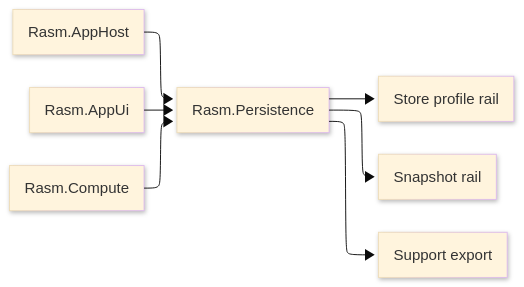
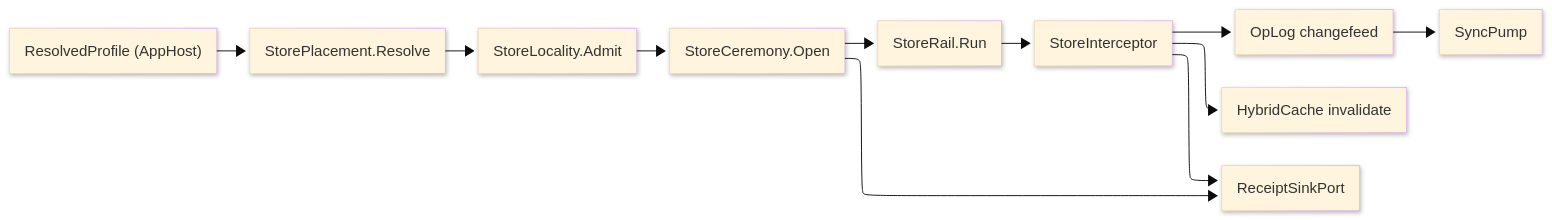
The diagram in libs/csharp/Rasm.Persistence/ARCHITECTURE.md (bsamiee/Rasm), drawn with Mermaid before and after one commit. The commit also changed other lines of this file and 4 other files, not shown here.

First line of the commit message:
docs(csharp/persistence): P2+P4 — root docs rewritten, feature atlas finalized, charter completed

````diff
--- a/libs/csharp/Rasm.Persistence/ARCHITECTURE.md
+++ b/libs/csharp/Rasm.Persistence/ARCHITECTURE.md
@@ -9,17 +50,21 @@
 ```mermaid
 ---
 config:
   layout: elk
   look: neo
   theme: base
 ---
 flowchart LR
-    accTitle: Persistence durable state
-    accDescr: Persistence owns store profiles, provider stores, snapshots, redaction, support artifacts, cache indexes, and drain integration.
-    AppHost["Rasm.AppHost"] --> Persistence["Rasm.Persistence"]
-    Persistence --> Store["Store profile rail"]
-    Persistence --> Snapshot["Snapshot rail"]
-    Persistence --> Support["Support export"]
-    AppUi["Rasm.AppUi"] --> Persistence
-    Compute["Rasm.Compute"] --> Persistence
+    accTitle: Persistence store flow
+    accDescr: Resolved profile flows through placement, locality admission, the open ceremony, and the query rail into invalidation, changefeed, and receipt edges.
+    ResolvedProfile["ResolvedProfile (AppHost)"] --> StorePlacement["StorePlacement.Resolve"]
+    StorePlacement --> StoreLocality["StoreLocality.Admit"]
+    StoreLocality --> StoreCeremony["StoreCeremony.Open"]
+    StoreCeremony --> StoreRail["StoreRail.Run"]
+    StoreRail --> StoreInterceptor["StoreInterceptor"]
+    StoreInterceptor --> OpLog["OpLog changefeed"]
+    StoreInterceptor --> HybridCache["HybridCache invalidate"]
+    StoreInterceptor --> ReceiptSinkPort["ReceiptSinkPort"]
+    StoreCeremony --> ReceiptSinkPort
+    OpLog --> SyncPump["SyncPump"]
 ```
````
